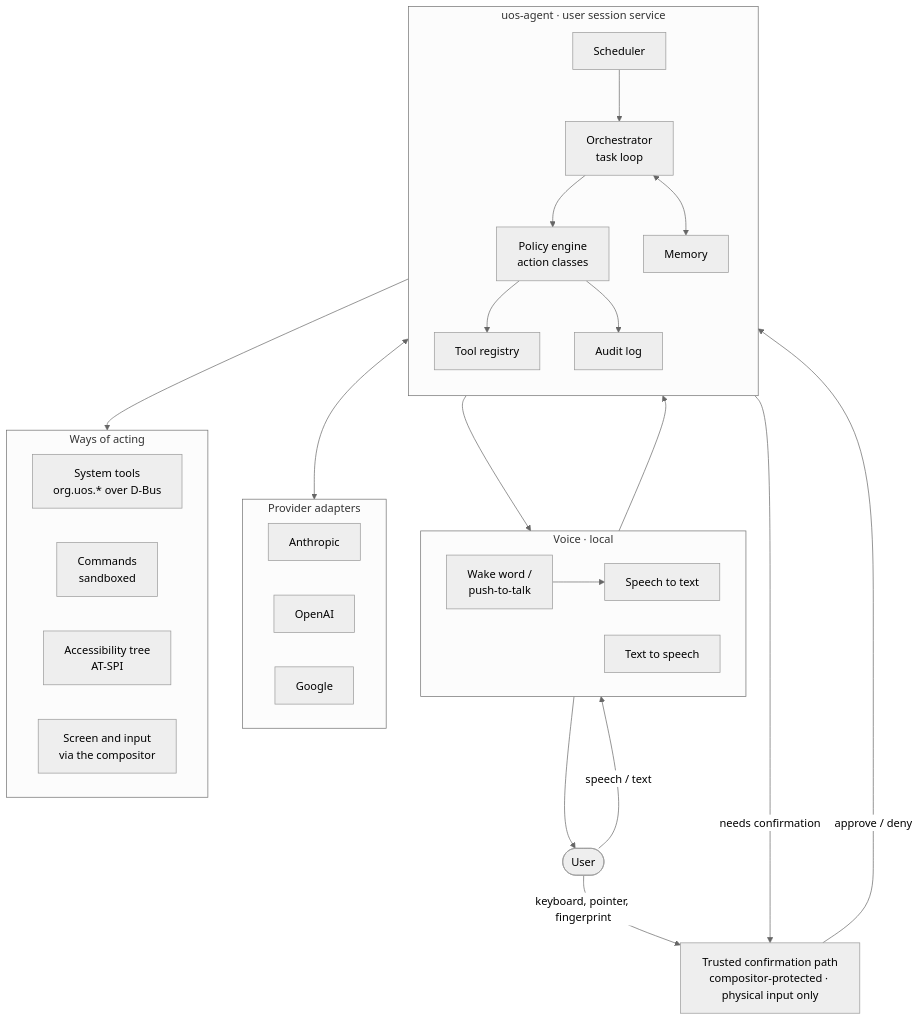
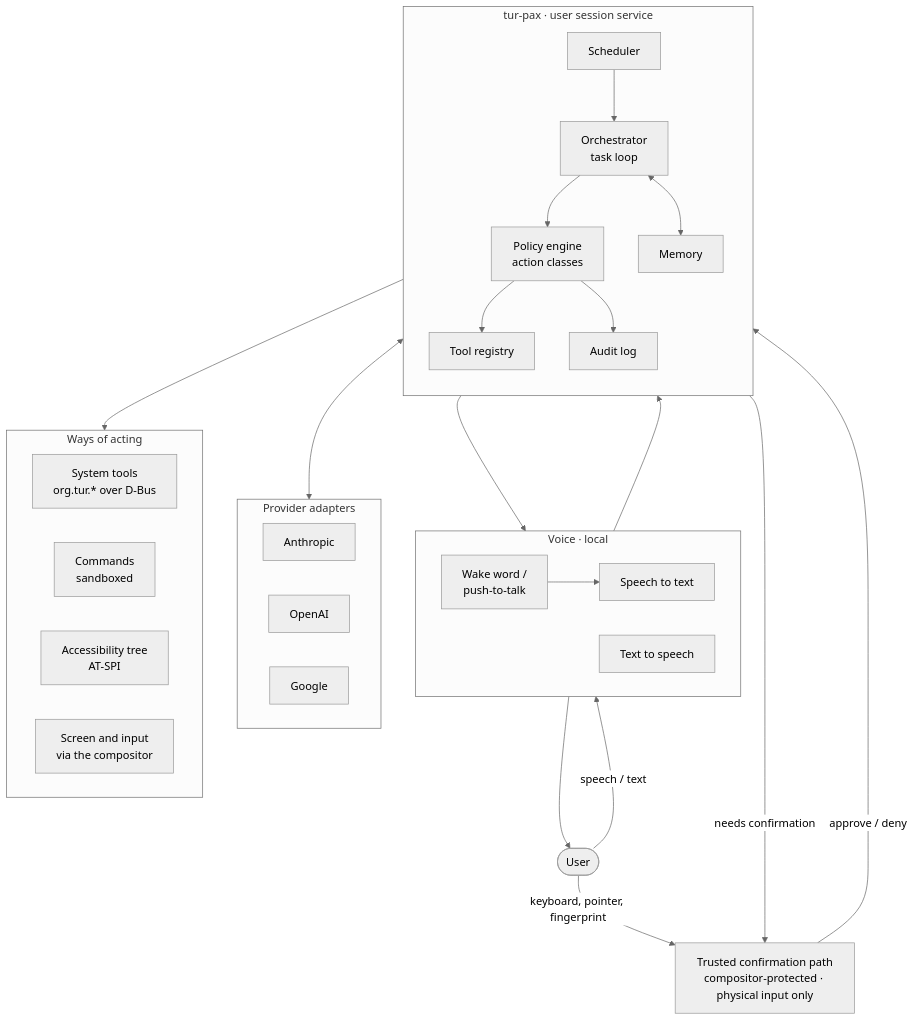
The diagram in docs/architecture/ai-control-layer.md (giorgiogiudice/TUR), drawn with Mermaid (neutral theme) before and after one commit. The commit also changed other lines of this file and 929 other files, not shown here.

````diff
--- a/docs/architecture/ai-control-layer.md
+++ b/docs/architecture/ai-control-layer.md
@@ -71,49 +71,49 @@
 ```mermaid
 flowchart TB
     U(["User"])
 
     subgraph VOICE["Voice · local"]
         direction LR
         WW["Wake word /<br/>push-to-talk"] --> STT["Speech to text"]
         TTS["Text to speech"]
     end
 
-    subgraph AGENT["uos-agent · user session service"]
+    subgraph AGENT["tur-pax · user session service"]
         direction TB
         ORCH["Orchestrator<br/>task loop"]
         POL["Policy engine<br/>action classes"]
         REG["Tool registry"]
         AUD["Audit log"]
         MEM["Memory"]
         SCH["Scheduler"]
         ORCH --> POL --> REG
         POL --> AUD
         ORCH <--> MEM
         SCH --> ORCH
     end
 
     subgraph PROV["Provider adapters"]
         direction LR
         A["Anthropic"]
         O["OpenAI"]
         G["Google"]
     end
 
     subgraph ACT["Ways of acting"]
         direction LR
-        T1["System tools<br/>org.uos.* over D-Bus"]
+        T1["System tools<br/>org.tur.* over D-Bus"]
         T1B["Commands<br/>sandboxed"]
         T2["Accessibility tree<br/>AT-SPI"]
         T3["Screen and input<br/>via the compositor"]
     end
 
     TP["Trusted confirmation path<br/>compositor-protected · physical input only"]
 
     U -- "speech / text" --> VOICE --> ORCH
     ORCH <--> PROV
     REG --> ACT
     POL -- "needs confirmation" --> TP
     TP -- "approve / deny" --> POL
     U -- "keyboard, pointer, fingerprint" --> TP
     ORCH --> TTS --> U
 ```
````
